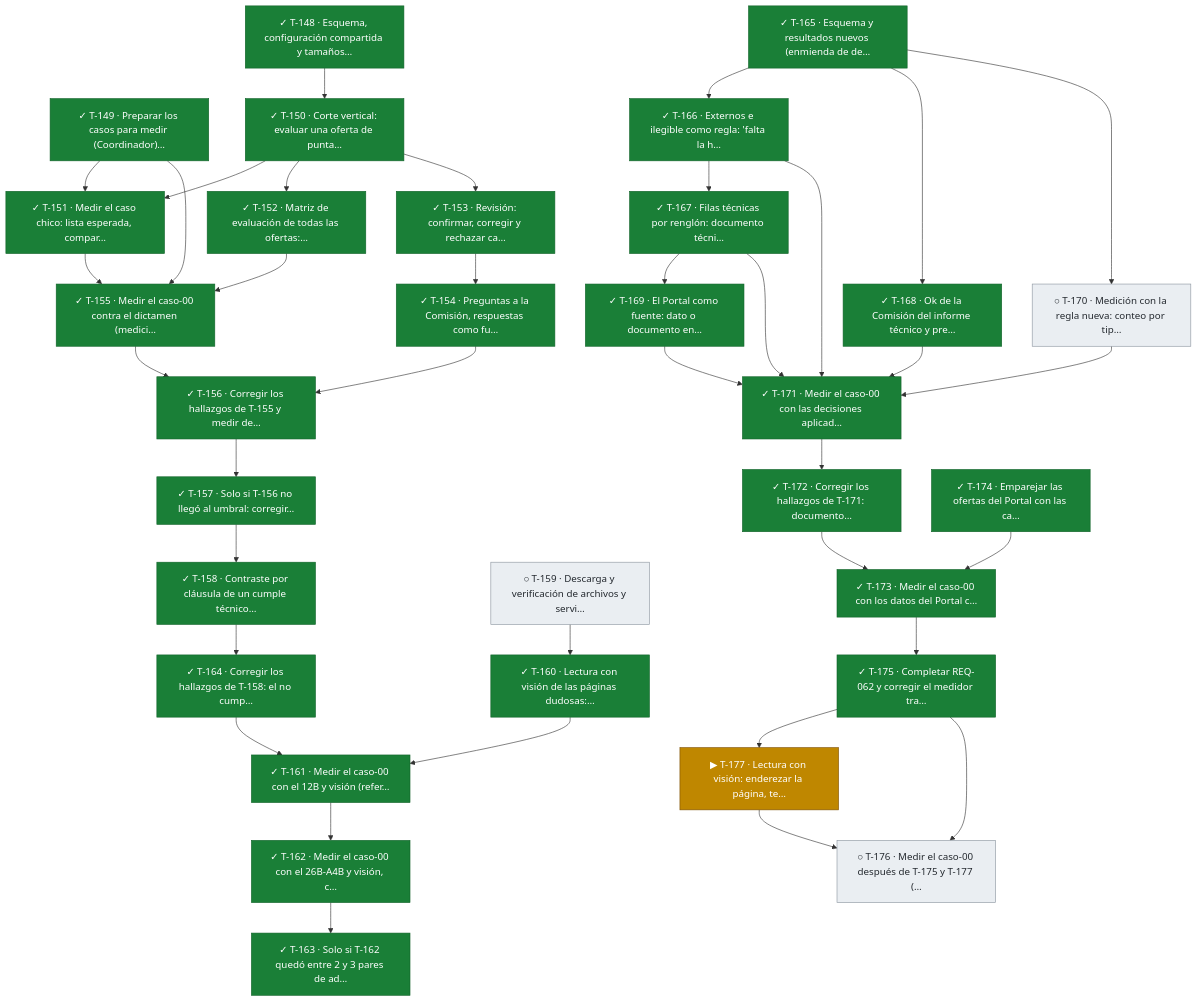
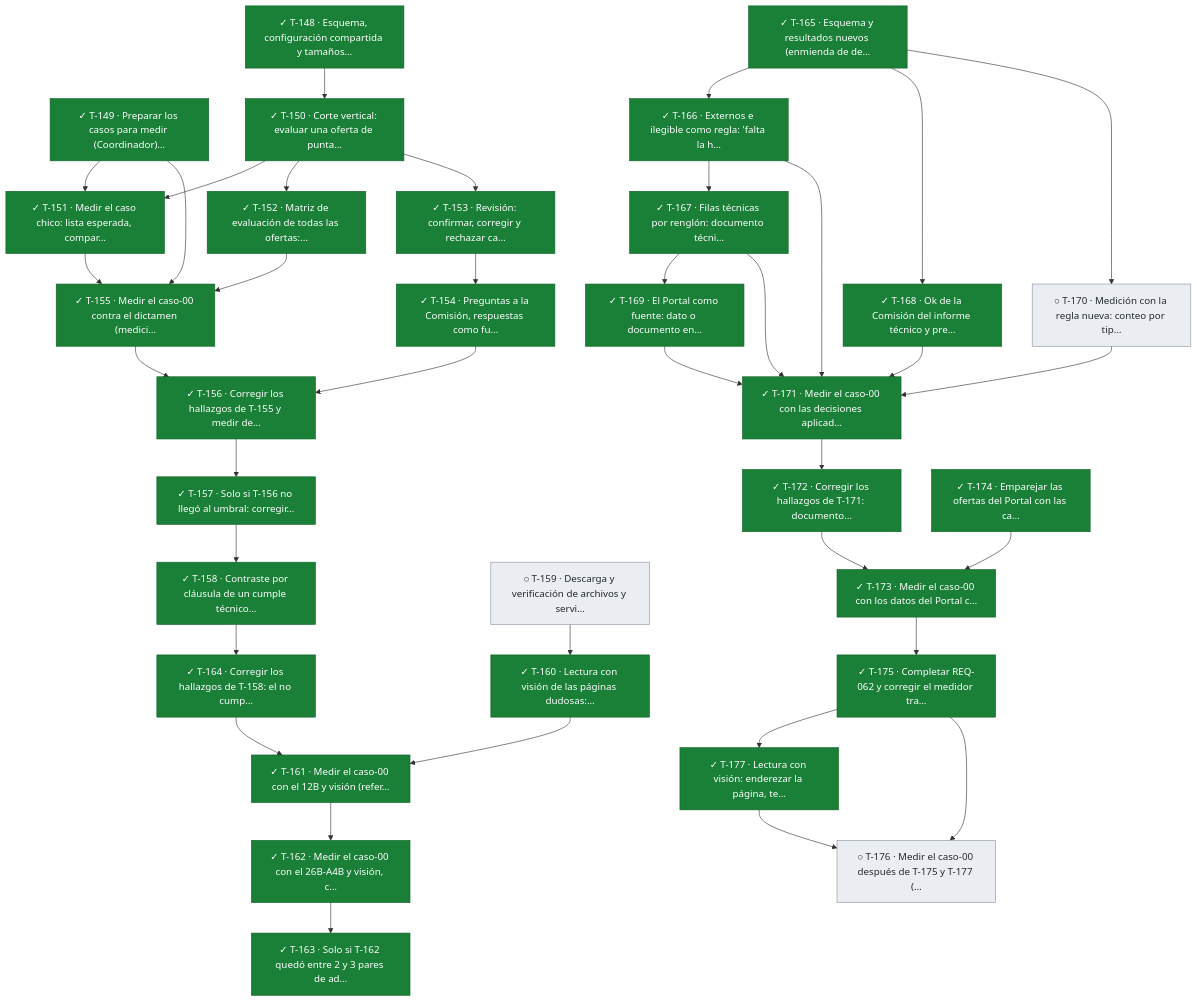
Before and after one commit to snavello/EVALUON: the seventh of 11 diagrams in docs/tablero.md, drawn with Mermaid. The commit also changed other lines of this file and 1 other file, not shown here.

Commit message:
gestión: T-177 terminada (lectura del manuscrito con el 12B, límite conocido)

````diff
--- a/docs/tablero.md
+++ b/docs/tablero.md
@@ -705,74 +705,74 @@
 ```mermaid
 flowchart TD
   T148["✓ T-148 · Esquema, configuración compartida y tamaños…"]:::done
   T149["✓ T-149 · Preparar los casos para medir (Coordinador)…"]:::done
   T150["✓ T-150 · Corte vertical: evaluar una oferta de punta…"]:::done
   T151["✓ T-151 · Medir el caso chico: lista esperada, compar…"]:::done
   T152["✓ T-152 · Matriz de evaluación de todas las ofertas:…"]:::done
   T153["✓ T-153 · Revisión: confirmar, corregir y rechazar ca…"]:::done
   T154["✓ T-154 · Preguntas a la Comisión, respuestas como fu…"]:::done
   T155["✓ T-155 · Medir el caso-00 contra el dictamen (medici…"]:::done
   T156["✓ T-156 · Corregir los hallazgos de T-155 y medir de…"]:::done
   T157["✓ T-157 · Solo si T-156 no llegó al umbral: corregir…"]:::done
   T158["✓ T-158 · Contraste por cláusula de un cumple técnico…"]:::done
   T164["✓ T-164 · Corregir los hallazgos de T-158: el no cump…"]:::done
   T159["○ T-159 · Descarga y verificación de archivos y servi…"]:::todo
   T160["✓ T-160 · Lectura con visión de las páginas dudosas:…"]:::done
   T161["✓ T-161 · Medir el caso-00 con el 12B y visión (refer…"]:::done
   T162["✓ T-162 · Medir el caso-00 con el 26B-A4B y visión, c…"]:::done
   T163["✓ T-163 · Solo si T-162 quedó entre 2 y 3 pares de ad…"]:::done
   T165["✓ T-165 · Esquema y resultados nuevos (enmienda de de…"]:::done
   T166["✓ T-166 · Externos e ilegible como regla: 'falta la h…"]:::done
   T167["✓ T-167 · Filas técnicas por renglón: documento técni…"]:::done
   T168["✓ T-168 · Ok de la Comisión del informe técnico y pre…"]:::done
   T169["✓ T-169 · El Portal como fuente: dato o documento en…"]:::done
   T170["○ T-170 · Medición con la regla nueva: conteo por tip…"]:::todo
   T171["✓ T-171 · Medir el caso-00 con las decisiones aplicad…"]:::done
   T172["✓ T-172 · Corregir los hallazgos de T-171: documento…"]:::done
   T173["✓ T-173 · Medir el caso-00 con los datos del Portal c…"]:::done
   T174["✓ T-174 · Emparejar las ofertas del Portal con las ca…"]:::done
   T175["✓ T-175 · Completar REQ-062 y corregir el medidor tra…"]:::done
-  T177["▶ T-177 · Lectura con visión: enderezar la página, te…"]:::active
+  T177["✓ T-177 · Lectura con visión: enderezar la página, te…"]:::done
   T176["○ T-176 · Medir el caso-00 después de T-175 y T-177 (…"]:::todo
   T148 --> T150
   T149 --> T151
   T150 --> T151
   T150 --> T152
   T150 --> T153
   T153 --> T154
   T149 --> T155
   T151 --> T155
   T152 --> T155
   T154 --> T156
   T155 --> T156
   T156 --> T157
   T157 --> T158
   T158 --> T164
   T159 --> T160
   T160 --> T161
   T164 --> T161
   T161 --> T162
   T162 --> T163
   T165 --> T166
   T166 --> T167
   T165 --> T168
   T167 --> T169
   T165 --> T170
   T166 --> T171
   T167 --> T171
   T168 --> T171
   T169 --> T171
   T170 --> T171
   T171 --> T172
   T172 --> T173
   T174 --> T173
   T173 --> T175
   T175 --> T177
   T175 --> T176
   T177 --> T176
   classDef done fill:#1a7f37,stroke:#116329,color:#ffffff
   classDef review fill:#0969da,stroke:#0550ae,color:#ffffff
   classDef active fill:#bf8700,stroke:#7d4e00,color:#ffffff
   classDef blocked fill:#cf222e,stroke:#a40e26,color:#ffffff
   classDef todo fill:#eaeef2,stroke:#8c959f,color:#24292f
 ```
````
